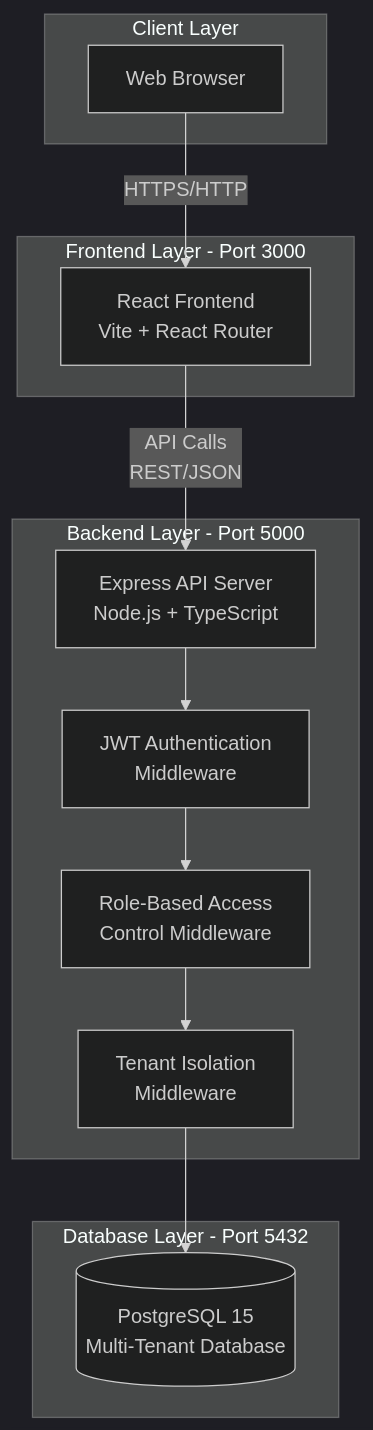
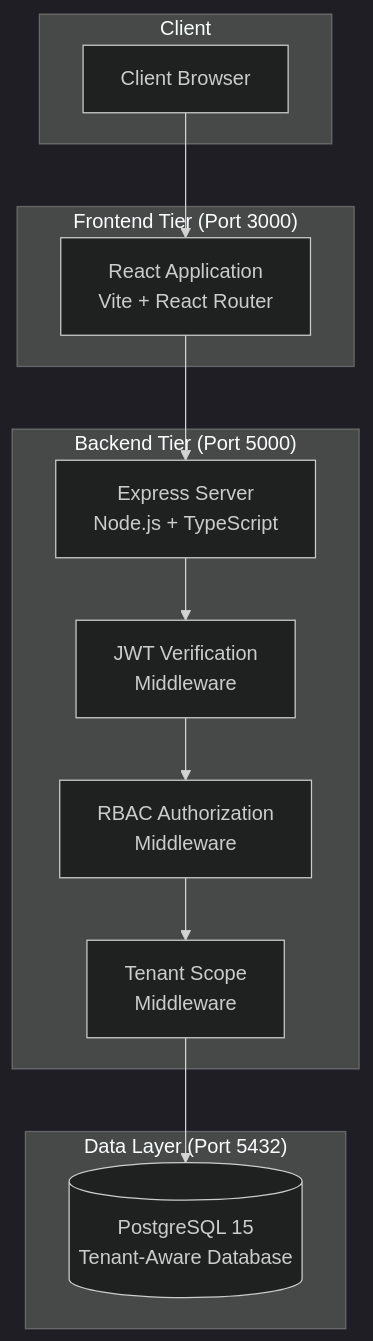
Before and after one commit to navya1129/multi-tenant-saas: the first of 4 diagrams in docs/architecture.md, drawn with Mermaid (dark theme). The commit also changed other lines of this file, not shown here.

````diff
--- a/docs/architecture.md
+++ b/docs/architecture.md
@@ -7,28 +7,28 @@
 ```mermaid
 graph TB
-    subgraph "Client Layer"
-        Browser[Web Browser]
+    subgraph Client
+        Browser[Client Browser]
     end
-    
-    subgraph "Frontend Layer - Port 3000"
-        Frontend[React Frontend<br/>Vite + React Router]
+
+    subgraph Frontend["Frontend Tier (Port 3000)"]
+        FE[React Application<br/>Vite + React Router]
     end
-    
-    subgraph "Backend Layer - Port 5000"
-        API[Express API Server<br/>Node.js + TypeScript]
-        Auth[JWT Authentication<br/>Middleware]
-        RBAC[Role-Based Access<br/>Control Middleware]
-        Tenant[Tenant Isolation<br/>Middleware]
+
+    subgraph Backend["Backend Tier (Port 5000)"]
+        API[Express Server<br/>Node.js + TypeScript]
+        AUTH[JWT Verification<br/>Middleware]
+        PERM[RBAC Authorization<br/>Middleware]
+        TENANT[Tenant Scope<br/>Middleware]
     end
-    
-    subgraph "Database Layer - Port 5432"
-        DB[(PostgreSQL 15<br/>Multi-Tenant Database)]
+
+    subgraph Database["Data Layer (Port 5432)"]
+        DB[(PostgreSQL 15<br/>Tenant-Aware Database)]
     end
-    
-    Browser -->|HTTPS/HTTP| Frontend
-    Frontend -->|API Calls<br/>REST/JSON| API
-    API --> Auth
-    Auth --> RBAC
-    RBAC --> Tenant
-    Tenant --> DB
+
+    Browser --> FE
+    FE --> API
+    API --> AUTH
+    AUTH --> PERM
+    PERM --> TENANT
+    TENANT --> DB
 ```
````
